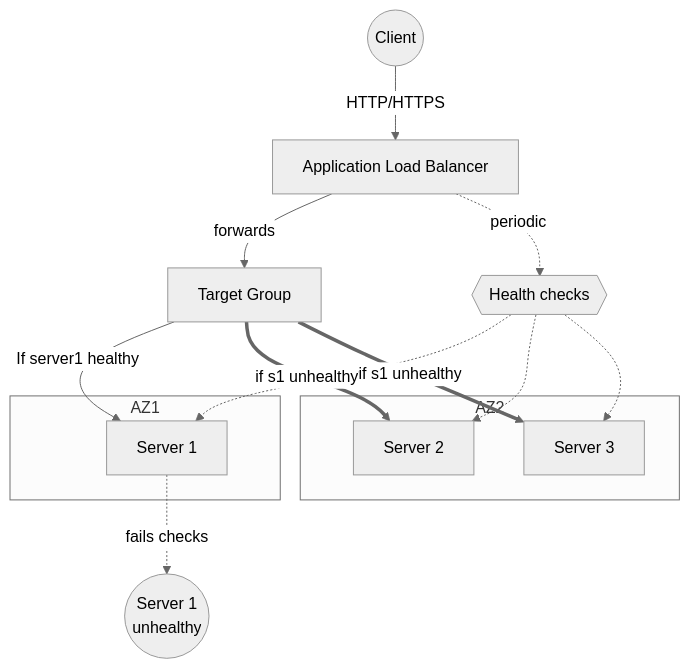
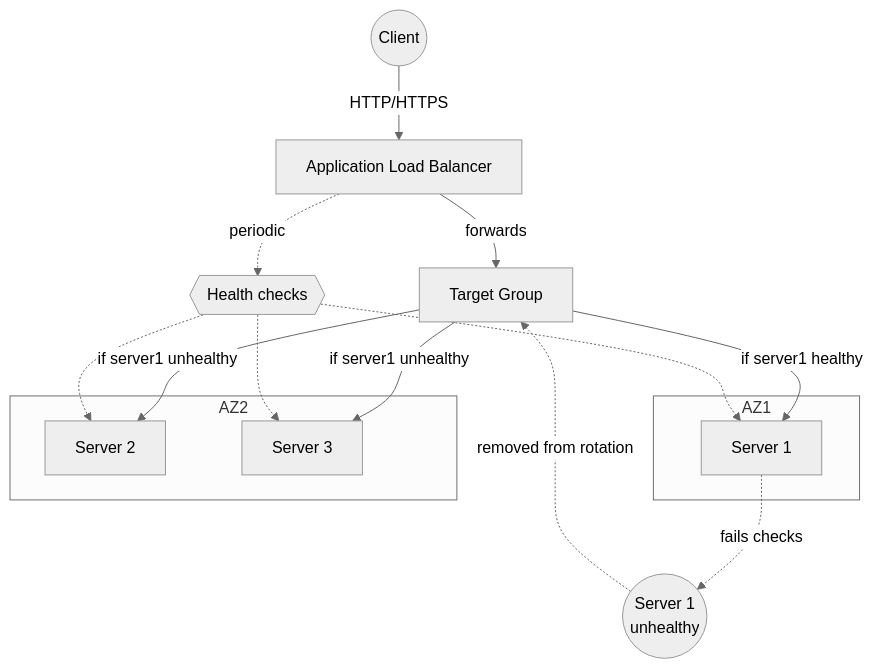
One commit to senthilkumarm1901/learn_by_blogging changed the first of 4 diagrams in aws_cloud_technical_essentials_book/08-optimization.qmd. Above: the diagram before and after it, drawn with Mermaid (neutral theme). The commit also changed other lines of this file, not shown here.

Commit message:
Refactor flowchart logic and enhance explanations in the Optimization chapter for clarity and consistency

````diff
--- a/aws_cloud_technical_essentials_book/08-optimization.qmd
+++ b/aws_cloud_technical_essentials_book/08-optimization.qmd
@@ -32,34 +32,33 @@
 ```{mermaid}
 flowchart TD
   client((Client))
   alb[Application Load Balancer]
   tg[Target Group]
 
   subgraph AZ1[AZ1]
     s1[Server 1]
   end
 
   subgraph AZ2[AZ2]
     s2[Server 2]
     s3[Server 3]
   end
 
   hc{{Health checks}}
   s1bad((Server 1<br>unhealthy))
 
   client -->|HTTP/HTTPS| alb
   alb -->|forwards| tg
 
-  tg -->|"If server1 healthy"| s1
-  %% tg --> s2
-  %% tg --> s3
+  tg -->|if server1 healthy| s1
+  tg -->|if server1 unhealthy| s2
+  tg -->|if server1 unhealthy| s3
 
   alb -.->|periodic| hc
   hc -.-> s1
   hc -.-> s2
   hc -.-> s3
 
   s1 -.->|fails checks| s1bad
-  tg ==>|if s1 unhealthy| s2
-  tg ==>|if s1 unhealthy| s3
+  s1bad -.->|removed from rotation| tg
 ```
````
